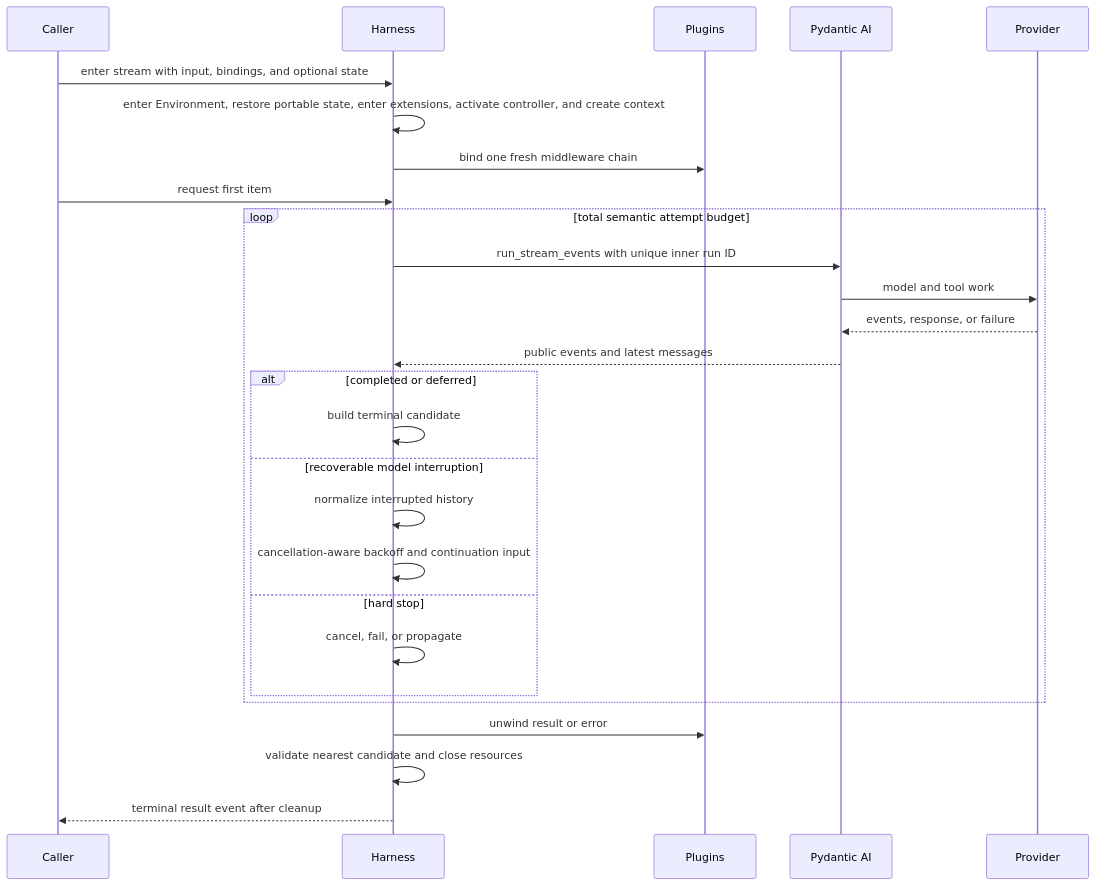
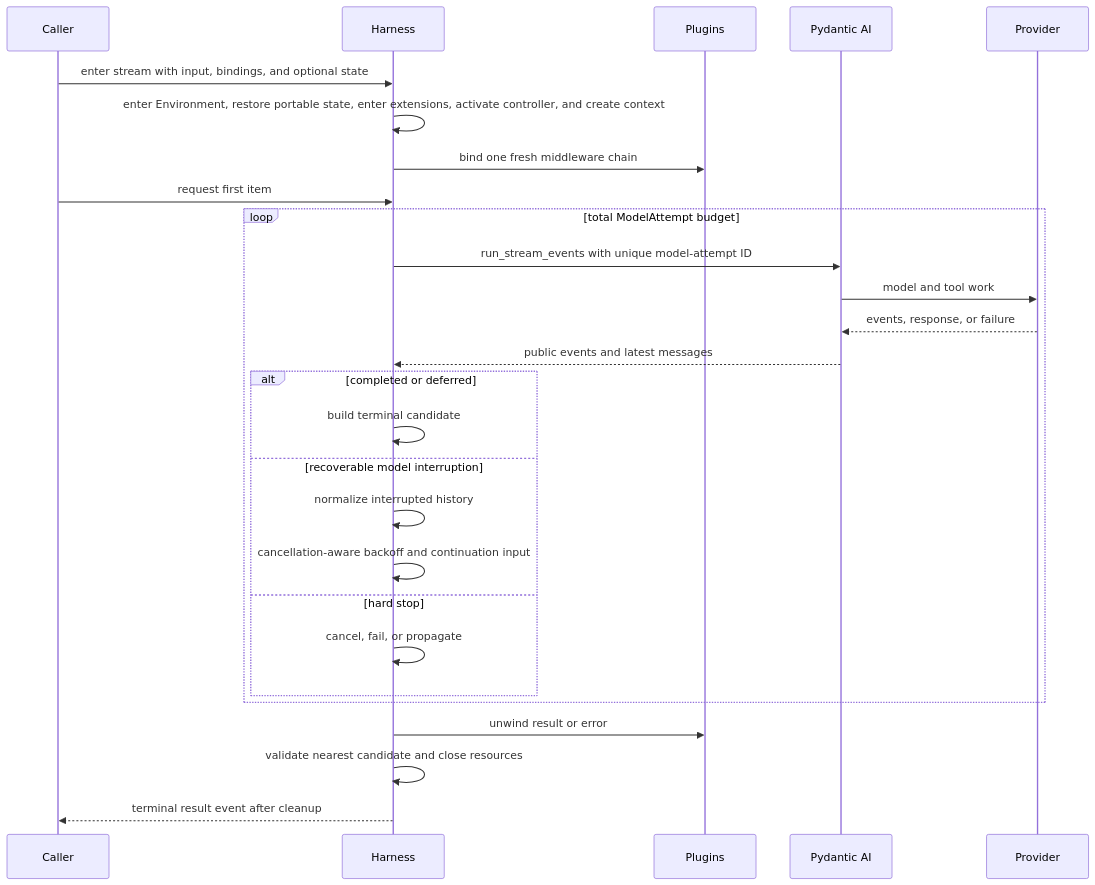
The second of 2 diagrams in spec/agent-harness/06-execution-context-and-lifecycle.md (LTThreeComma/agent-foundation), drawn with Mermaid before and after one commit. The commit also changed other lines of this file and 92 other files, not shown here.

````diff
--- a/spec/agent-harness/06-execution-context-and-lifecycle.md
+++ b/spec/agent-harness/06-execution-context-and-lifecycle.md
@@ -78,30 +80,30 @@
 ```mermaid
 sequenceDiagram
     participant Caller
     participant Harness
     participant Plugins
     participant PAI as Pydantic AI
     participant Provider
 
     Caller->>Harness: enter stream with input, bindings, and optional state
     Harness->>Harness: enter Environment, restore portable state, enter extensions, activate controller, and create context
     Harness->>Plugins: bind one fresh middleware chain
     Caller->>Harness: request first item
-    loop total semantic attempt budget
-        Harness->>PAI: run_stream_events with unique inner run ID
+    loop total ModelAttempt budget
+        Harness->>PAI: run_stream_events with unique model-attempt ID
         PAI->>Provider: model and tool work
         Provider-->>PAI: events, response, or failure
         PAI-->>Harness: public events and latest messages
         alt completed or deferred
             Harness->>Harness: build terminal candidate
         else recoverable model interruption
             Harness->>Harness: normalize interrupted history
             Harness->>Harness: cancellation-aware backoff and continuation input
         else hard stop
             Harness->>Harness: cancel, fail, or propagate
         end
     end
     Harness->>Plugins: unwind result or error
     Harness->>Harness: validate nearest candidate and close resources
     Harness-->>Caller: terminal result event after cleanup
 ```
````
